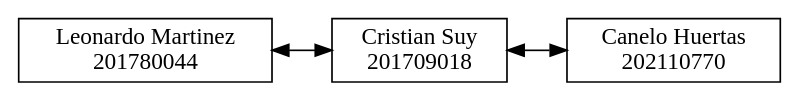
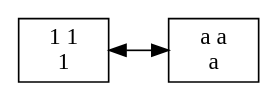
One commit to Barahona1602/Sistema-de-Archivos changed the diagram in EDD_Proyecto1_Fase1/Lista doble/lista.dot. Above: the diagram before and after it, drawn with Graphviz. The commit also changed 13 other files, not shown here.

```diff
--- a/EDD_Proyecto1_Fase1/Lista doble/lista.dot
+++ b/EDD_Proyecto1_Fase1/Lista doble/lista.dot
@@ -1,12 +1,9 @@
 digraph G {
   node [shape=box];
   rankdir=LR;
-  201780044 [label="Leonardo Martinez
-201780044"];
-  201709018 [label="Cristian Suy
-201709018"];
-  202110770 [label="Canelo Huertas
-202110770"];
-  201780044 -> 201709018 [dir=both];
-  201709018 -> 202110770 [dir=both];
+  1 [label="1 1
+1"];
+  a [label="a a
+a"];
+  1 -> a [dir=both];
 }
```
